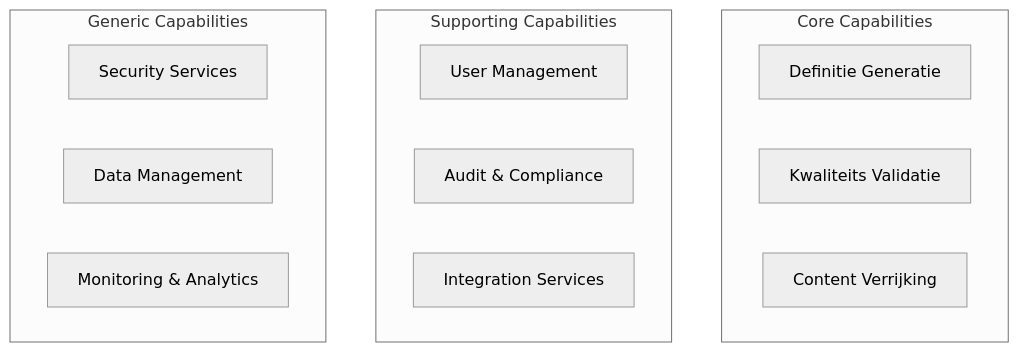
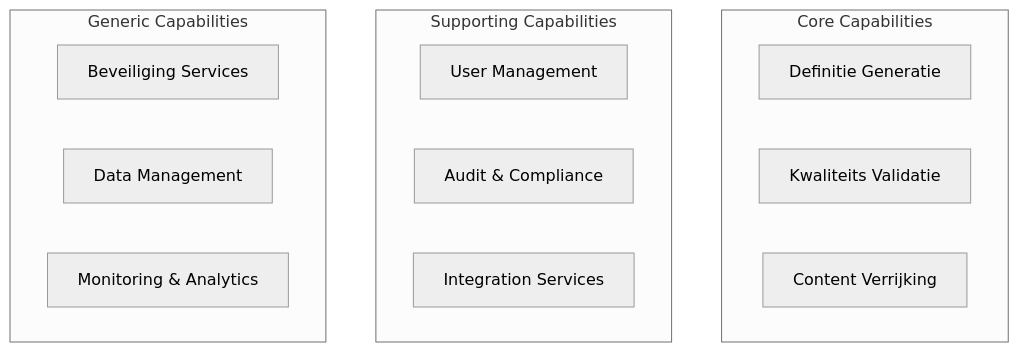
The second of 6 diagrams in docs/architectuur/templates/ENTERPRISE_ARCHITECTURE_TEMPLATE.md (Chris-Lehnen-ICT-CONSULTING/Definitie-app-zakelijk), drawn with Mermaid (neutral theme) before and after one commit. The commit also changed other lines of this file and 707 other files, not shown here.

````diff
--- a/docs/architectuur/templates/ENTERPRISE_ARCHITECTURE_TEMPLATE.md
+++ b/docs/architectuur/templates/ENTERPRISE_ARCHITECTURE_TEMPLATE.md
@@ -118,20 +123,20 @@
 ```mermaid
 graph TD
     subgraph "Core Capabilities"
         BC1[Definitie Generatie]
         BC2[Kwaliteits Validatie]
         BC3[Content Verrijking]
     end
 
     subgraph "Supporting Capabilities"
         BC4[User Management]
         BC5[Audit & Compliance]
         BC6[Integration Services]
     end
 
     subgraph "Generic Capabilities"
-        BC7[Security Services]
+        BC7[Beveiliging Services]
         BC8[Data Management]
         BC9[Monitoring & Analytics]
     end
 ```
````
